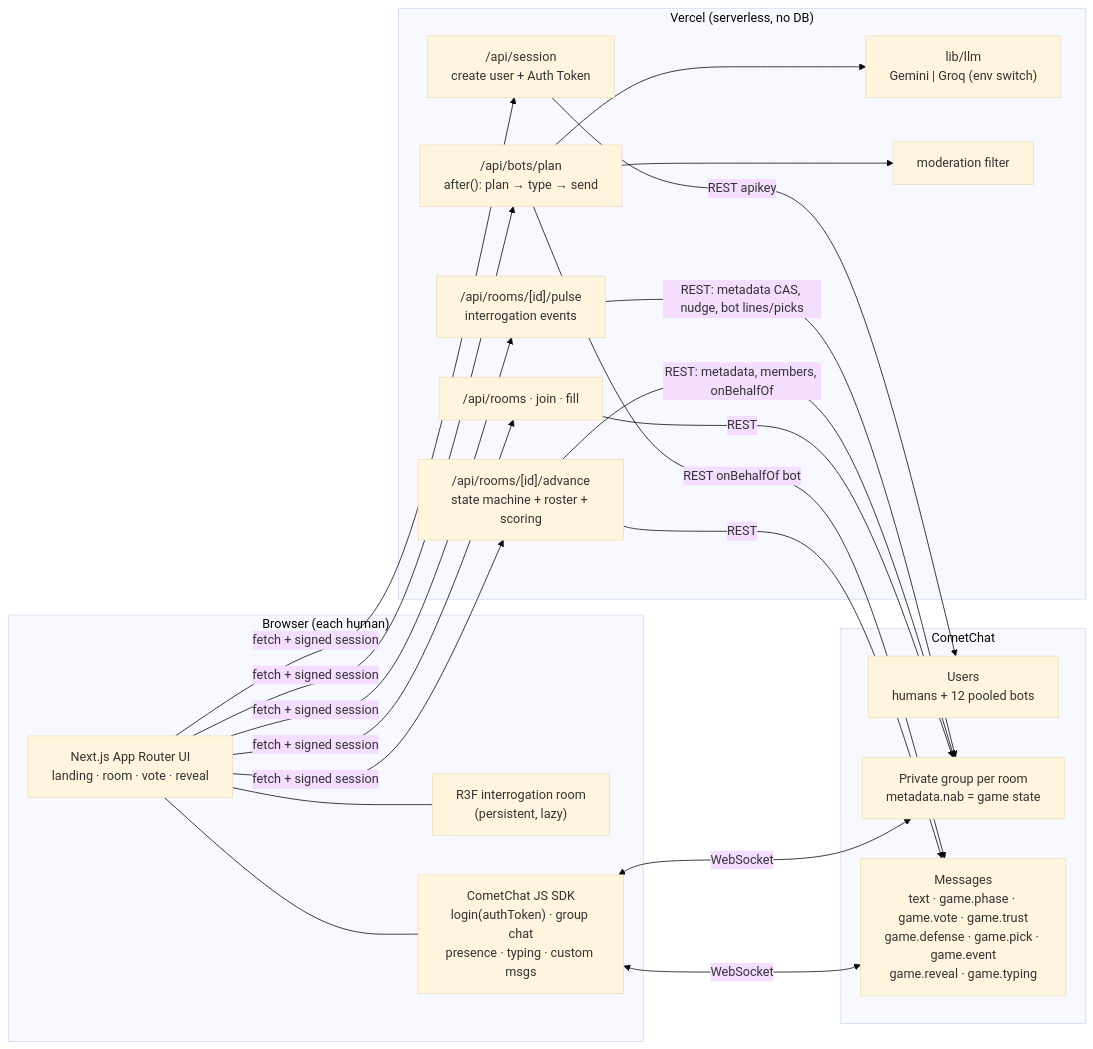
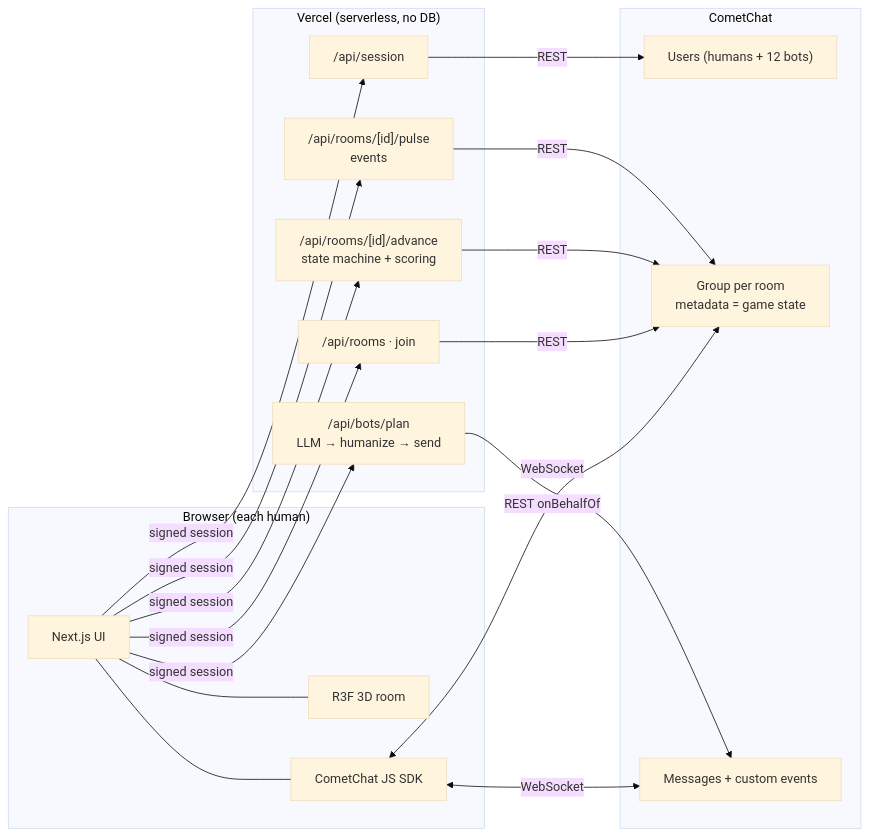
One commit to anshvarshney1502/hackathon changed the diagram in README.md. Above: the diagram before and after it, drawn with Mermaid (base theme). The commit also changed other lines of this file and 13 other files, not shown here.

````diff
--- a/README.md
+++ b/README.md
@@ -40,38 +90,24 @@
 ```mermaid
 flowchart LR
   subgraph Browser["Browser (each human)"]
-    UI["Next.js App Router UI<br/>landing · room · vote · reveal"]
-    R3F["R3F interrogation room<br/>(persistent, lazy)"]
-    SDK["CometChat JS SDK<br/>login(authToken) · group chat<br/>presence · typing · custom msgs"]
-    UI --- R3F
-    UI --- SDK
+    UI["Next.js UI"] --- R3F["R3F 3D room"]
+    UI --- SDK["CometChat JS SDK"]
   end
-
   subgraph Vercel["Vercel (serverless, no DB)"]
-    S["/api/session<br/>create user + Auth Token"]
-    RM["/api/rooms · join · fill"]
-    ADV["/api/rooms/[id]/advance<br/>state machine + roster + scoring"]
-    PULSE["/api/rooms/[id]/pulse<br/>interrogation events"]
-    PLAN["/api/bots/plan<br/>after(): plan → type → send"]
-    LLM["lib/llm<br/>Gemini | Groq (env switch)"]
-    MOD["moderation filter"]
-    PLAN --> LLM
-    PLAN --> MOD
+    S["/api/session"]
+    RM["/api/rooms · join"]
+    ADV["/api/rooms/[id]/advance<br/>state machine + scoring"]
+    PULSE["/api/rooms/[id]/pulse<br/>events"]
+    PLAN["/api/bots/plan<br/>LLM → humanize → send"]
   end
-
   subgraph CC["CometChat"]
-    U["Users<br/>humans + 12 pooled bots"]
-    G["Private group per room<br/>metadata.nab = game state"]
-    M["Messages<br/>text · game.phase · game.vote · game.trust<br/>game.defense · game.pick · game.event<br/>game.reveal · game.typing"]
+    U["Users (humans + 12 bots)"]
+    G["Group per room<br/>metadata = game state"]
+    M["Messages + custom events"]
   end
-
-  SDK <-->|WebSocket| G
-  SDK <-->|WebSocket| M
-  S -->|REST apikey| U
-  RM -->|REST| G
-  ADV -->|REST: metadata, members, onBehalfOf| G
-  ADV -->|REST| M
-  PLAN -->|REST onBehalfOf bot| M
-  PULSE -->|REST: metadata CAS, nudge, bot lines/picks| G
-  UI -->|fetch + signed session| S & RM & ADV & PLAN & PULSE
+  SDK <-->|WebSocket| G & M
+  S -->|REST| U
+  RM & ADV & PULSE -->|REST| G
+  PLAN -->|REST onBehalfOf| M
+  UI -->|signed session| S & RM & ADV & PLAN & PULSE
 ```
````
